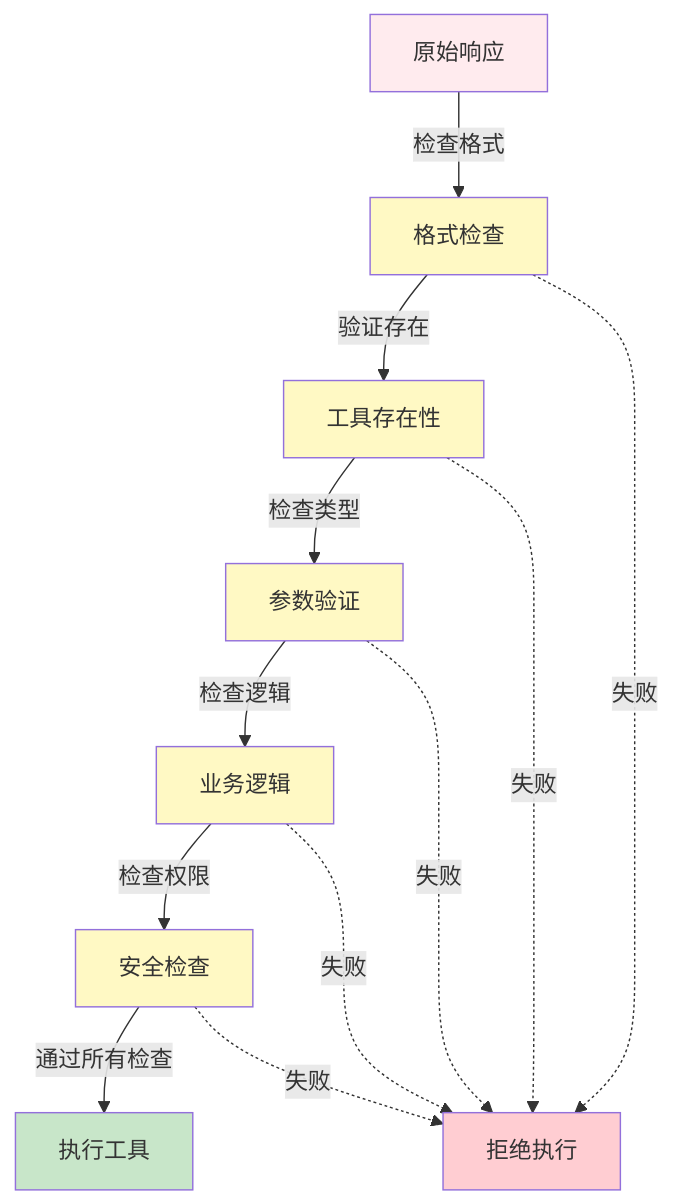
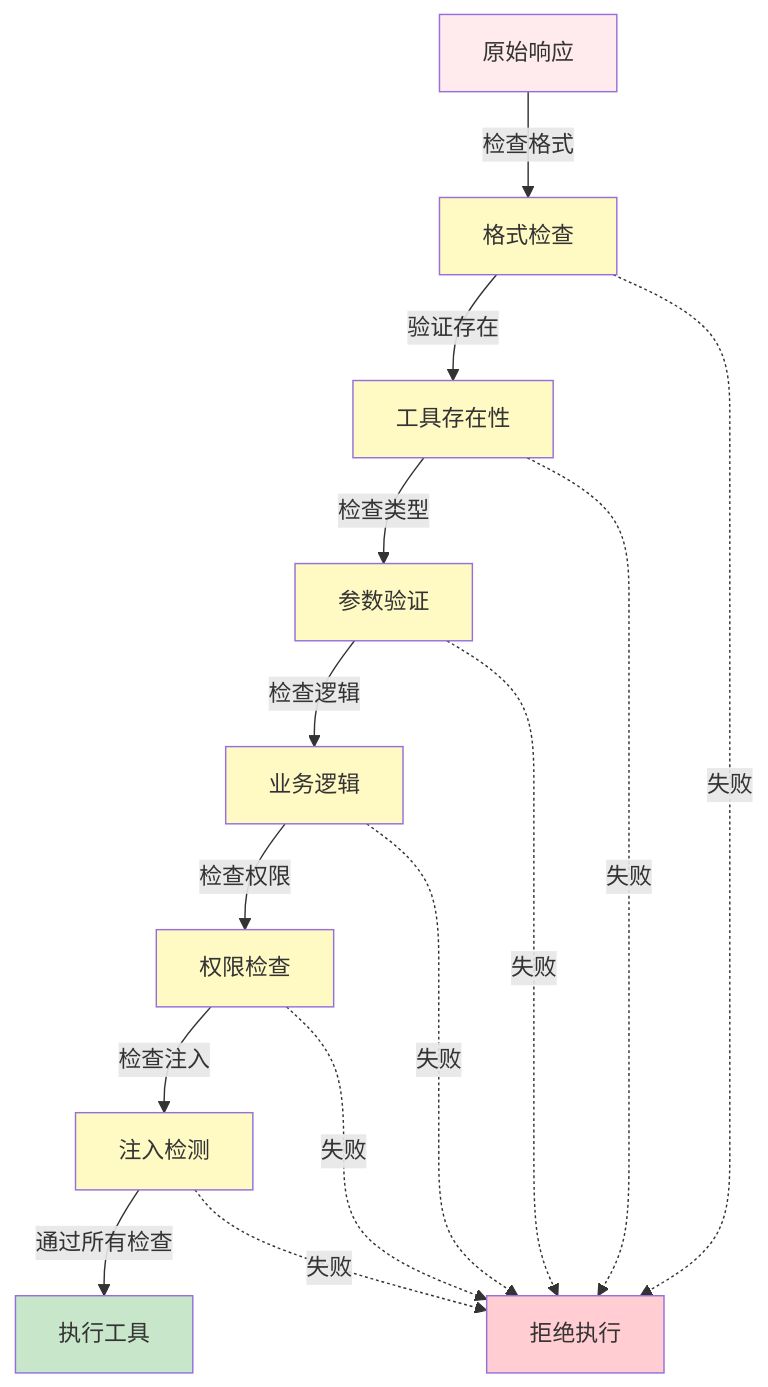
The first of 2 diagrams in 07_model_integration/7.3_quality_gate.md (yeasy/harness_engineering_guide), drawn with Mermaid before and after one commit. The commit also changed other lines of this file and 6 other files, not shown here.

````diff
--- a/07_model_integration/7.3_quality_gate.md
+++ b/07_model_integration/7.3_quality_gate.md
@@ -20,24 +20,27 @@
 ```mermaid
 graph TD
     A["原始响应"] -->|检查格式| B["格式检查"]
     B -->|验证存在| C["工具存在性"]
     C -->|检查类型| D["参数验证"]
     D -->|检查逻辑| E["业务逻辑"]
-    E -->|检查权限| F["安全检查"]
-    F -->|通过所有检查| G["执行工具"]
+    E -->|检查权限| F["权限检查"]
+    F -->|检查注入| I["注入检测"]
+    I -->|通过所有检查| G["执行工具"]
 
     B -.->|失败| H["拒绝执行"]
     C -.->|失败| H
     D -.->|失败| H
     E -.->|失败| H
     F -.->|失败| H
+    I -.->|失败| H
 
     style A fill:#ffebee
     style B fill:#fff9c4
     style C fill:#fff9c4
     style D fill:#fff9c4
     style E fill:#fff9c4
     style F fill:#fff9c4
+    style I fill:#fff9c4
     style G fill:#c8e6c9
     style H fill:#ffcdd2
 ```
````
